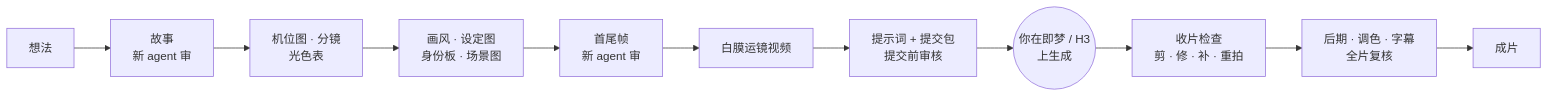
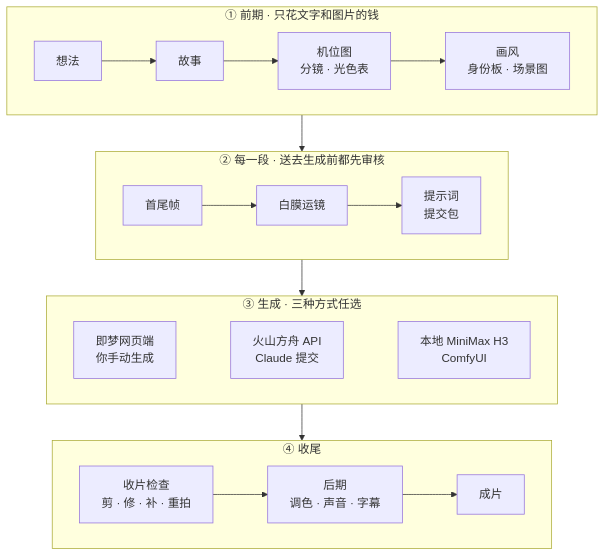
One commit to Yed-13/ai-video-director-skill changed the diagram in README.md. Above: the diagram before and after it, drawn with Mermaid. The commit also changed other lines of this file and 4 other files, not shown here.

````diff
--- a/README.md
+++ b/README.md
@@ -15,13 +15,23 @@
 ```mermaid
-flowchart LR
-    A[想法] --> B[故事<br/>新 agent 审]
-    B --> C[机位图 · 分镜<br/>光色表]
-    C --> D[画风 · 设定图<br/>身份板 · 场景图]
-    D --> E[首尾帧<br/>新 agent 审]
-    E --> F[白膜运镜视频]
-    F --> G[提示词 + 提交包<br/>提交前审核]
-    G --> H((你在即梦 / H3<br/>上生成))
-    H --> I[收片检查<br/>剪 · 修 · 补 · 重拍]
-    I --> J[后期 · 调色 · 字幕<br/>全片复核]
-    J --> K[成片]
+flowchart TB
+    subgraph S1["① 前期 · 只花文字和图片的钱"]
+        direction LR
+        A[想法] --> B[故事] --> C[机位图<br/>分镜 · 光色表] --> D[画风<br/>身份板 · 场景图]
+    end
+    subgraph S2["② 每一段 · 送去生成前都先审核"]
+        direction LR
+        E[首尾帧] --> F[白膜运镜] --> G[提示词<br/>提交包]
+    end
+    subgraph S3["③ 生成 · 三种方式任选"]
+        direction LR
+        V1[即梦网页端<br/>你手动生成]
+        V2[火山方舟 API<br/>Claude 提交]
+        V3[本地 MiniMax H3<br/>ComfyUI]
+        V1 ~~~ V2 ~~~ V3
+    end
+    subgraph S4["④ 收尾"]
+        direction LR
+        I[收片检查<br/>剪 · 修 · 补 · 重拍] --> J[后期<br/>调色 · 声音 · 字幕] --> K[成片]
+    end
+    S1 --> S2 --> S3 --> S4
 ```
````
